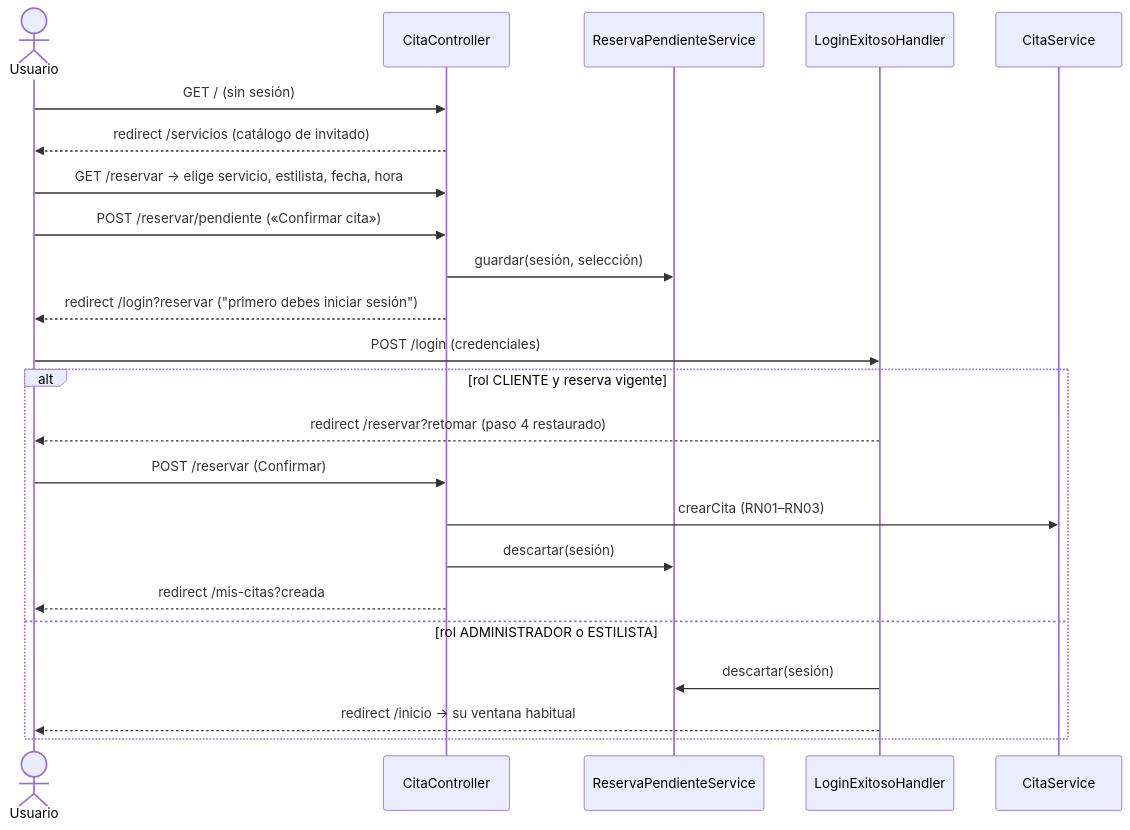
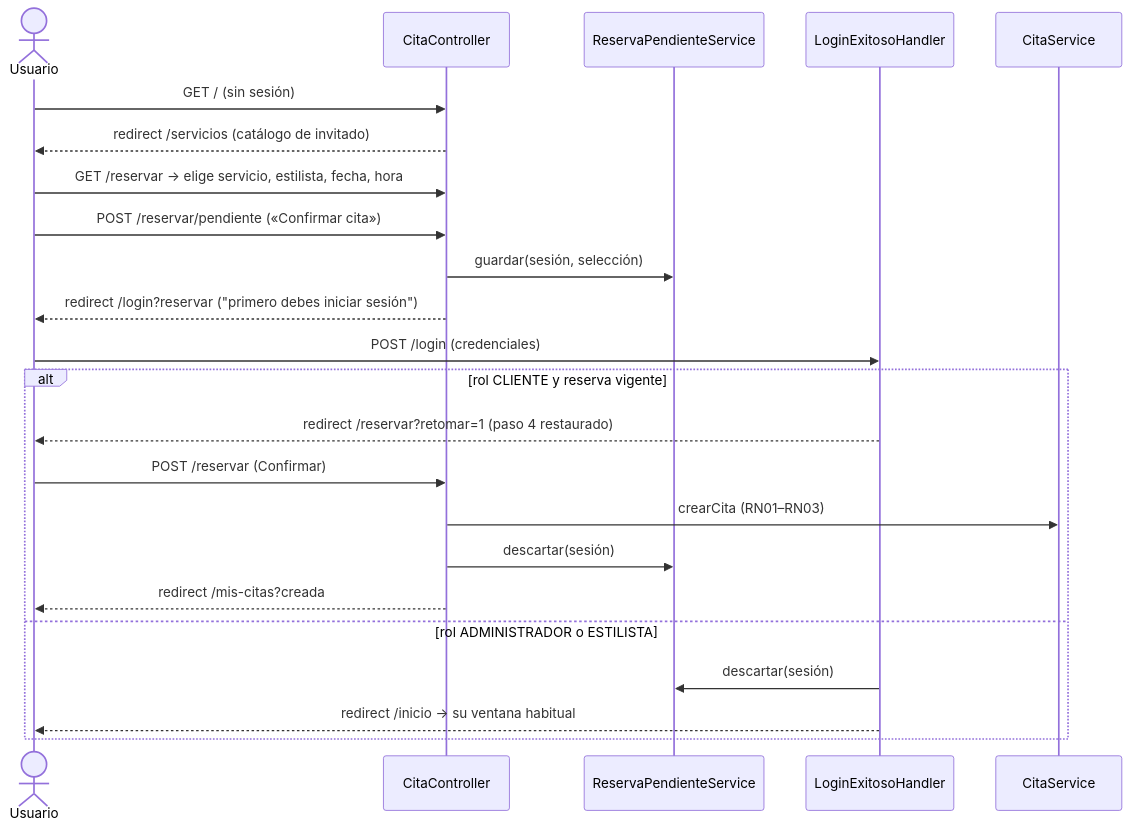
Before and after one commit to leoqz2004/peluqueria-bella-estilo: the second of 3 diagrams in docs/DIAGRAMAS.md, drawn with Mermaid. The commit also changed 4 other files, not shown here.

Commit message:
fix: usa /reservar?retomar=1 (un parametro sin valor llega nulo en MockMvc); ajusta pruebas y documentacion

````diff
--- a/docs/DIAGRAMAS.md
+++ b/docs/DIAGRAMAS.md
@@ -32,25 +32,25 @@
 ```mermaid
 sequenceDiagram
     actor U as Usuario
     participant C as CitaController
     participant P as ReservaPendienteService
     participant L as LoginExitosoHandler
     participant S as CitaService
     U->>C: GET / (sin sesión)
     C-->>U: redirect /servicios (catálogo de invitado)
     U->>C: GET /reservar → elige servicio, estilista, fecha, hora
     U->>C: POST /reservar/pendiente («Confirmar cita»)
     C->>P: guardar(sesión, selección)
     C-->>U: redirect /login?reservar ("primero debes iniciar sesión")
     U->>L: POST /login (credenciales)
     alt rol CLIENTE y reserva vigente
-        L-->>U: redirect /reservar?retomar (paso 4 restaurado)
+        L-->>U: redirect /reservar?retomar=1 (paso 4 restaurado)
         U->>C: POST /reservar (Confirmar)
         C->>S: crearCita (RN01–RN03)
         C->>P: descartar(sesión)
         C-->>U: redirect /mis-citas?creada
     else rol ADMINISTRADOR o ESTILISTA
         L->>P: descartar(sesión)
         L-->>U: redirect /inicio → su ventana habitual
     end
 ```
````
